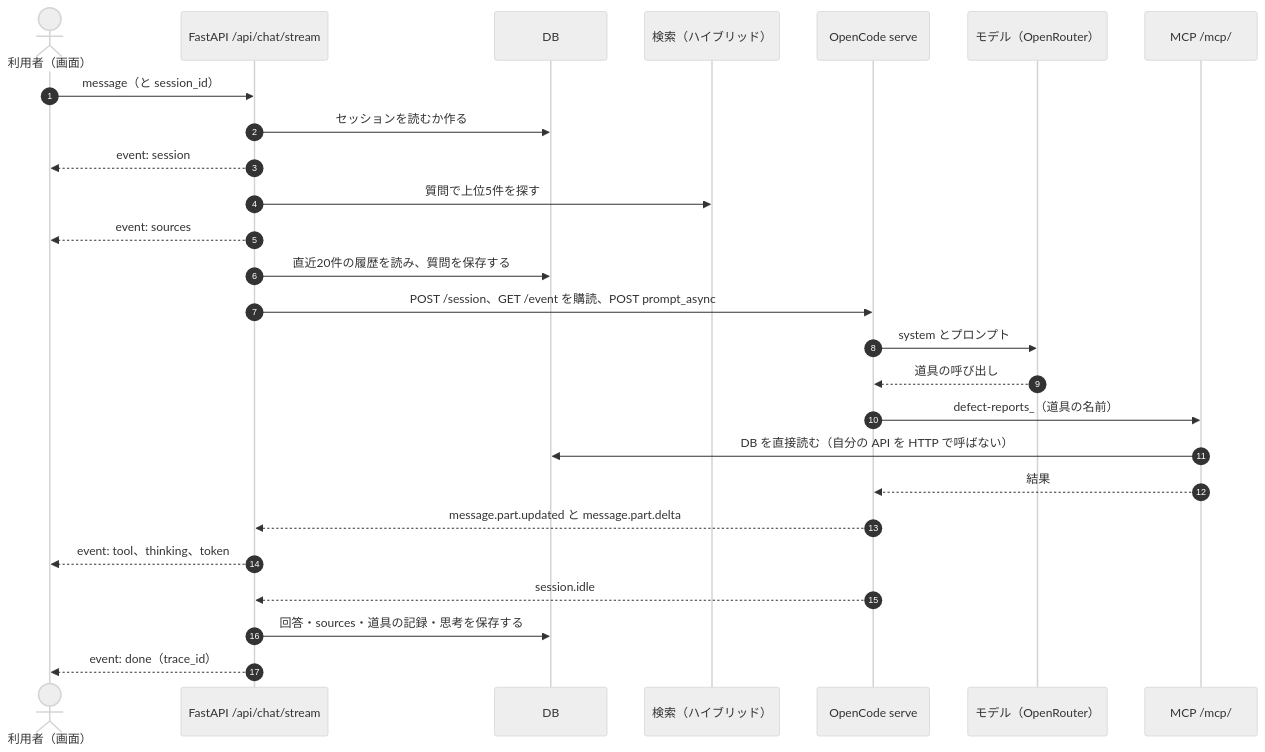
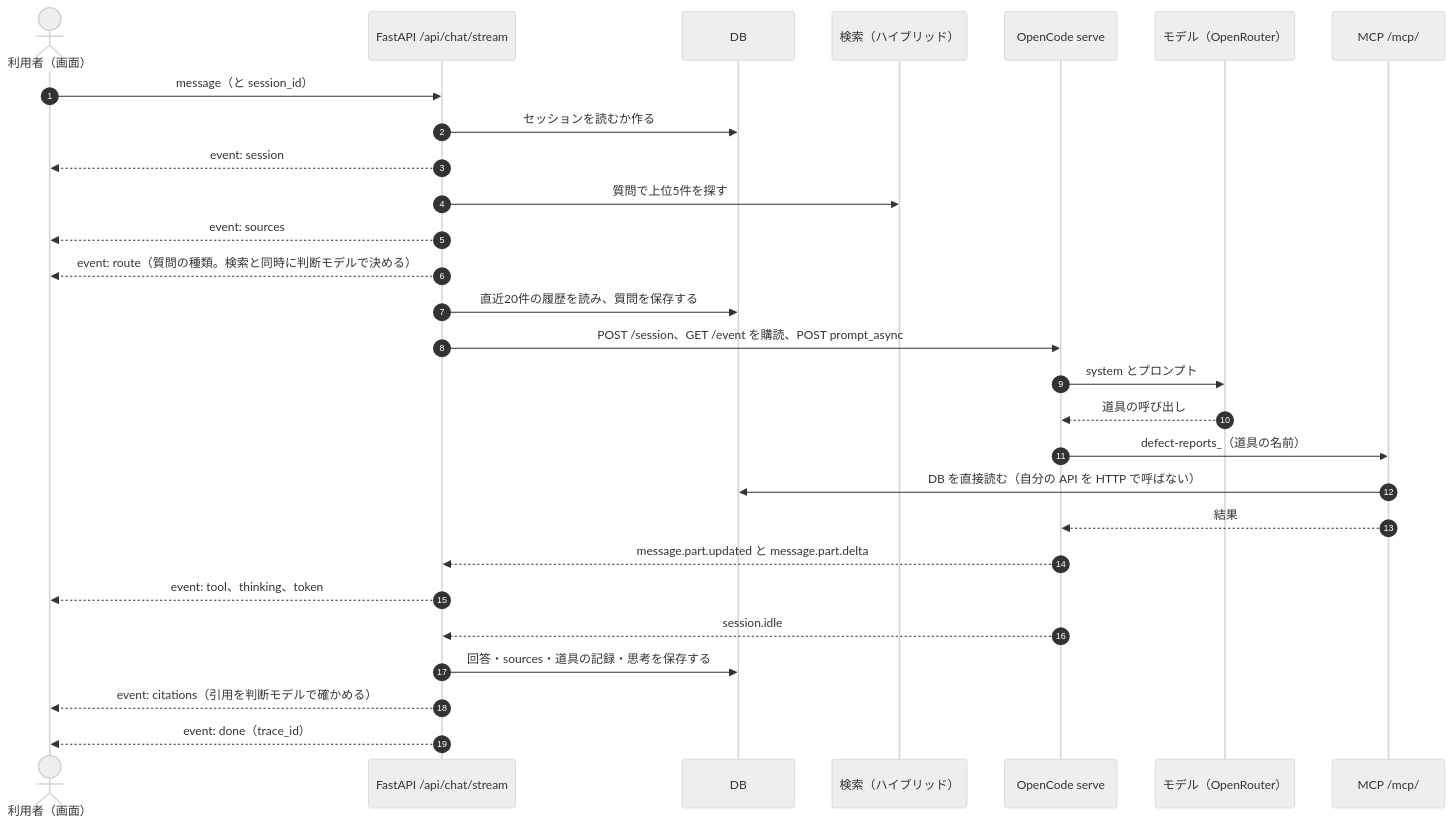
The second of 4 diagrams in docs/06_AI設計書.md (luvwinnie/2026_ai_seminar), drawn with Mermaid (neutral theme) before and after one commit. The commit also changed other lines of this file and 15 other files, not shown here.

````diff
--- a/docs/06_AI設計書.md
+++ b/docs/06_AI設計書.md
@@ -102,28 +103,30 @@
 ```mermaid
 sequenceDiagram
     autonumber
     actor U as 利用者（画面）
     participant API as FastAPI /api/chat/stream
     participant DB as DB
     participant S as 検索（ハイブリッド）
     participant OC as OpenCode serve
     participant M as モデル（OpenRouter）
     participant MCP as MCP /mcp/
     U->>API: message（と session_id）
     API->>DB: セッションを読むか作る
     API-->>U: event: session
     API->>S: 質問で上位5件を探す
     API-->>U: event: sources
+    API-->>U: event: route（質問の種類。検索と同時に判断モデルで決める）
     API->>DB: 直近20件の履歴を読み、質問を保存する
     API->>OC: POST /session、GET /event を購読、POST prompt_async
     OC->>M: system とプロンプト
     M-->>OC: 道具の呼び出し
     OC->>MCP: defect-reports_（道具の名前）
     MCP->>DB: DB を直接読む（自分の API を HTTP で呼ばない）
     MCP-->>OC: 結果
     OC-->>API: message.part.updated と message.part.delta
     API-->>U: event: tool、thinking、token
     OC-->>API: session.idle
     API->>DB: 回答・sources・道具の記録・思考を保存する
+    API-->>U: event: citations（引用を判断モデルで確かめる）
     API-->>U: event: done（trace_id）
 ```
````
